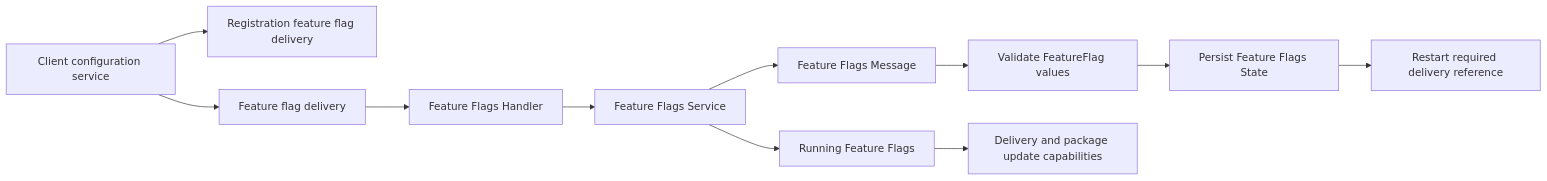
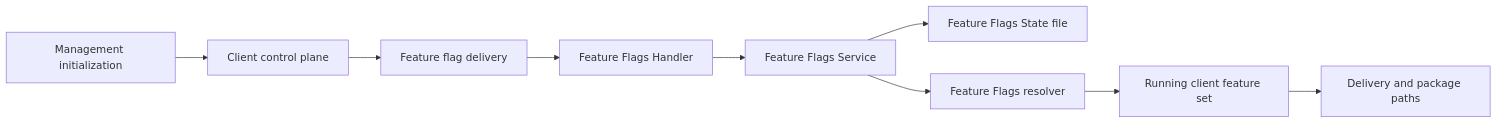
One commit to flamingo-stack/openframe-oss-tenant changed the first of 4 diagrams in docs/reference/architecture/openframe-client-core/model-feature-flags/model-feature-flags.md. Above: the diagram before and after it, drawn with Mermaid. The commit also changed other lines of this file and 2377 other files, not shown here.

````diff
--- a/docs/reference/architecture/openframe-client-core/model-feature-flags/model-feature-flags.md
+++ b/docs/reference/architecture/openframe-client-core/model-feature-flags/model-feature-flags.md
@@ -119,13 +32,11 @@
 ```mermaid
 flowchart LR
-    Server["Client configuration service"] --> Registration["Registration feature flag delivery"]
-    Server --> Delivery["Feature flag delivery"]
+    Management["Management initialization"] --> ControlPlane["Client control plane"]
+    ControlPlane --> Delivery["Feature flag delivery"]
     Delivery --> Handler["Feature Flags Handler"]
     Handler --> Service["Feature Flags Service"]
-    Service --> Message["Feature Flags Message"]
-    Message --> Validation["Validate FeatureFlag values"]
-    Validation --> State["Persist Feature Flags State"]
-    State --> Restart["Restart required delivery reference"]
-    Service --> Running["Running Feature Flags"]
-    Running --> Consumers["Delivery and package update capabilities"]
+    Service --> State["Feature Flags State file"]
+    Service --> Resolver["Feature Flags resolver"]
+    Resolver --> Runtime["Running client feature set"]
+    Runtime --> DeliveryPaths["Delivery and package paths"]
 ```
````
